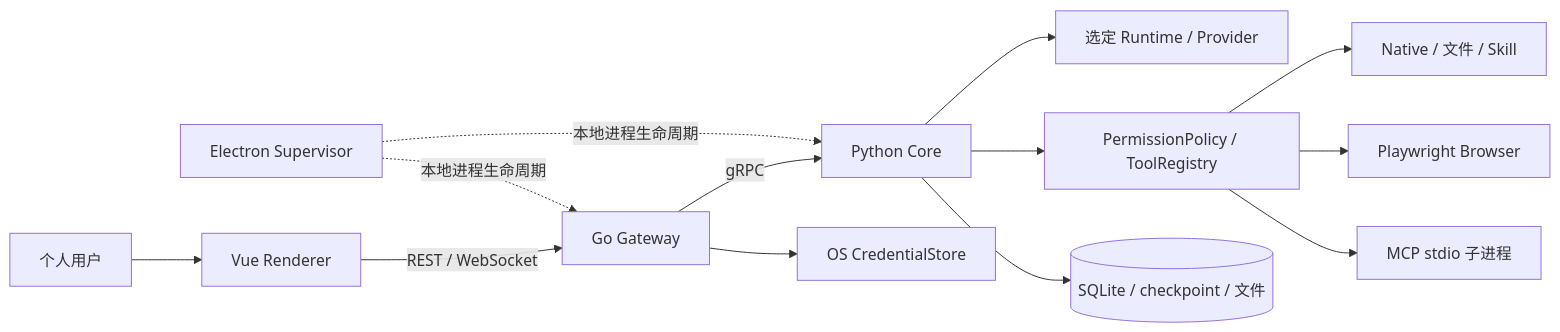
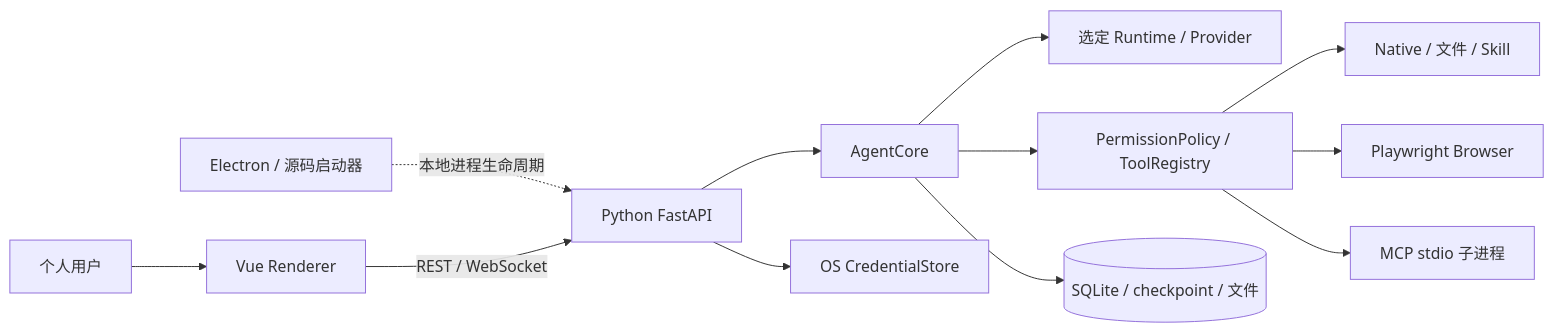
One commit to Mime-AL/MaigoKite changed the diagram in docs/design/SystemDesign.md. Above: the diagram before and after it, drawn with Mermaid. The commit also changed other lines of this file and 105 other files, not shown here.

````diff
--- a/docs/design/SystemDesign.md
+++ b/docs/design/SystemDesign.md
@@ -18,15 +18,14 @@
 ```mermaid
 flowchart LR
     U[个人用户] --> UI[Vue Renderer]
-    E[Electron Supervisor] -. 本地进程生命周期 .-> G[Go Gateway]
-    E -. 本地进程生命周期 .-> C[Python Core]
-    UI -->|REST / WebSocket| G
-    G -->|gRPC| C
-    G --> K[OS CredentialStore]
+    E[Electron / 源码启动器] -. 本地进程生命周期 .-> A[Python FastAPI]
+    UI -->|REST / WebSocket| A
+    A --> C[AgentCore]
+    A --> K[OS CredentialStore]
     C --> R[选定 Runtime / Provider]
     C --> P[PermissionPolicy / ToolRegistry]
     P --> N[Native / 文件 / Skill]
     P --> B[Playwright Browser]
     P --> M[MCP stdio 子进程]
     C --> D[(SQLite / checkpoint / 文件)]
 ```
````
